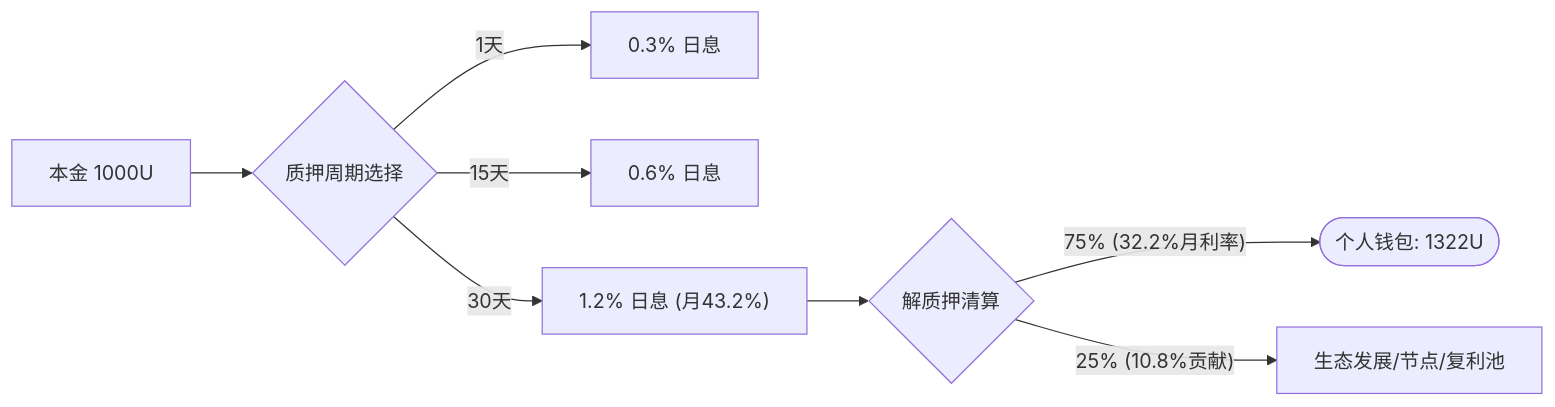
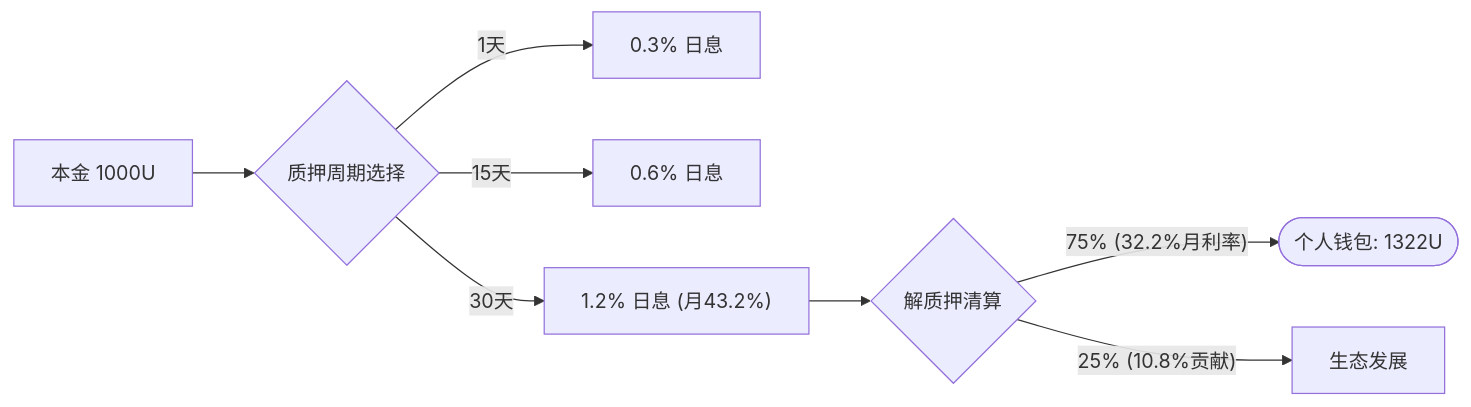
The first of 6 diagrams in 必赢项目全解析（演示文稿版）.md (ChowKwanhwa/biying), drawn with Mermaid before and after one commit. The commit also changed other lines of this file and 10 other files, not shown here.

````diff
--- a/必赢项目全解析（演示文稿版）.md
+++ b/必赢项目全解析（演示文稿版）.md
@@ -59,11 +65,11 @@
 ```mermaid
 graph LR
     P["本金 1000U"] --> C{"质押周期选择"}
     C -- "1天" --> R1["0.3% 日息"]
     C -- "15天" --> R15["0.6% 日息"]
     C -- "30天" --> R30["1.2% 日息 (月43.2%)"]
-    
+  
     R30 --> D{"解质押清算"}
     D -- "75% (32.2%月利率)" --> User(["个人钱包: 1322U"])
-    D -- "25% (10.8%贡献)" --> Community["生态发展/节点/复利池"]
+    D -- "25% (10.8%贡献)" --> Community["生态发展"]
 ```
````
